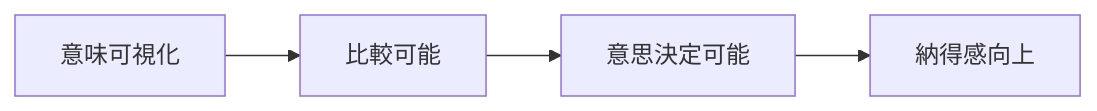
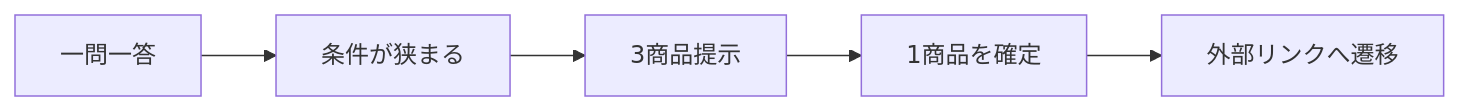
One commit to ryo-chan-k6/GiftRecommendAPP_MVP_CYCLE_3 changed the diagram in docs/01_事業構想/価値仮設定義書.md. Above: the diagram before and after it, drawn with Mermaid. The commit also changed other lines of this file and 8 other files, not shown here.

````diff
--- a/docs/01_事業構想/価値仮設定義書.md
+++ b/docs/01_事業構想/価値仮設定義書.md
@@ -51,6 +94,7 @@
-```mermaid id="7r02g3"
+```mermaid
 flowchart LR
-    A[意味可視化] --> B[比較可能]
-    B --> C[意思決定可能]
-    C --> D[納得感向上]
+    A[一問一答] --> B[条件が狭まる]
+    B --> C[3商品提示]
+    C --> D[1商品を確定]
+    D --> E[外部リンクへ遷移]
 ```
````
